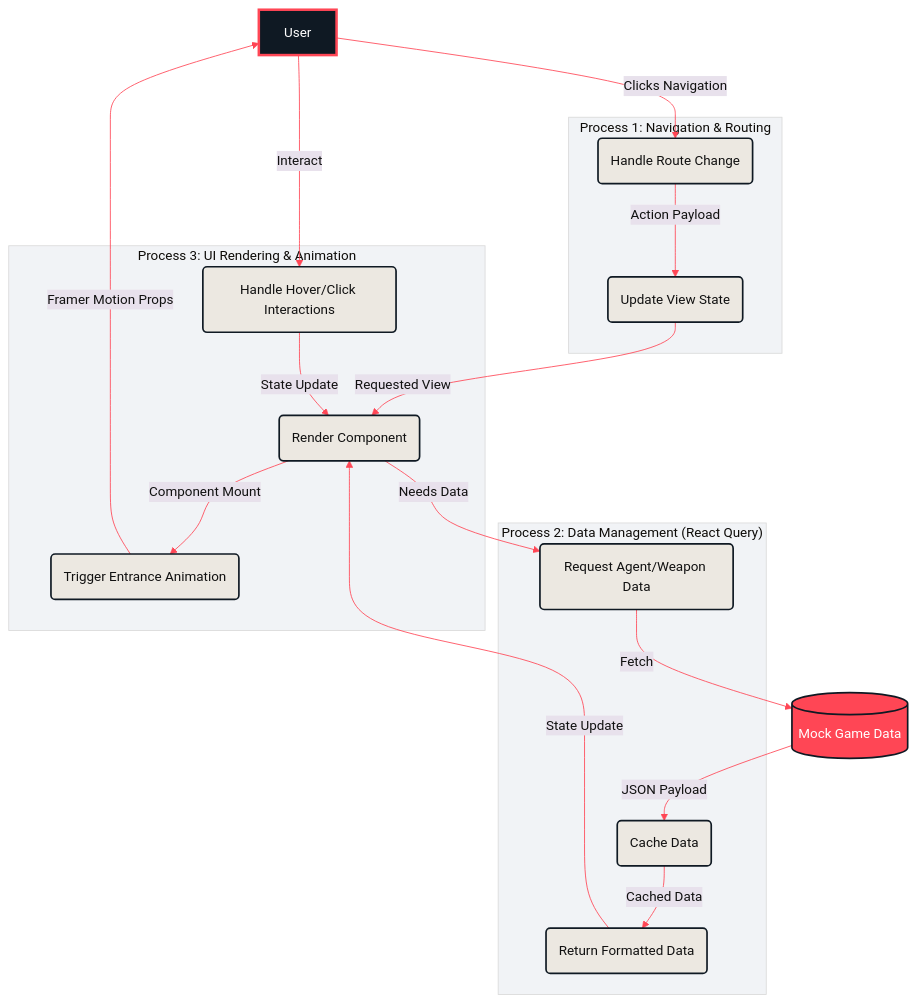
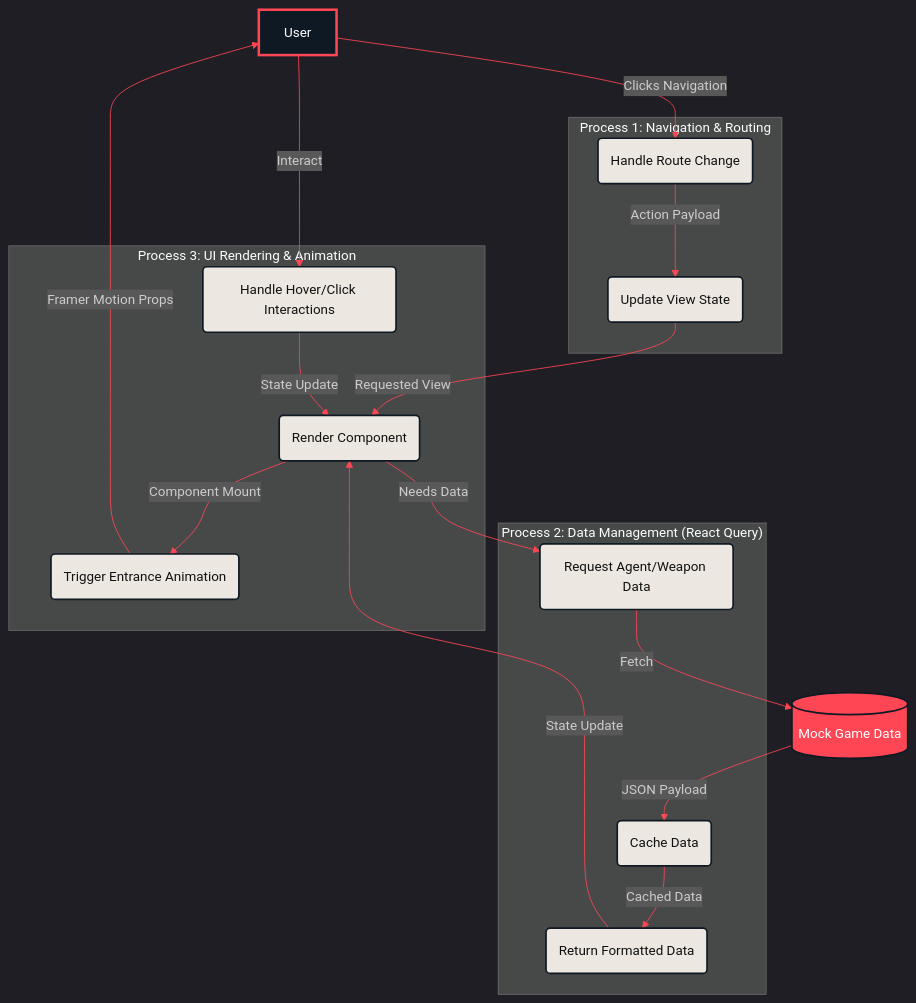
Before and after one commit to Mr-Nobody003/VALORANT: the second of 4 diagrams in README.md, drawn with Mermaid. The commit also changed other lines of this file, not shown here.

````diff
--- a/README.md
+++ b/README.md
@@ -115,39 +115,39 @@
 ```mermaid
-%%{init: {'theme': 'base', 'themeVariables': { 'primaryColor': '#ece8e1', 'primaryTextColor': '#111', 'primaryBorderColor': '#ff4655', 'lineColor': '#ff4655'}}}%%
+%%{init: {'theme': 'dark', 'themeVariables': { 'primaryColor': '#ece8e1', 'primaryTextColor': '#111', 'primaryBorderColor': '#ff4655', 'lineColor': '#ff4655', 'background': '#111111'}}}%%
 flowchart TD
     User[User]:::userStyle
     subgraph "Process 1: Navigation & Routing"
         1.1(Handle Route Change):::processStyle
         1.2(Update View State):::processStyle
     end
     subgraph "Process 2: Data Management (React Query)"
         2.1(Request Agent/Weapon Data):::processStyle
         2.2(Cache Data):::processStyle
         2.3(Return Formatted Data):::processStyle
     end
     subgraph "Process 3: UI Rendering & Animation"
         3.1(Trigger Entrance Animation):::processStyle
         3.2(Render Component):::processStyle
         3.3(Handle Hover/Click Interactions):::processStyle
     end
     DataStore[(Mock Game Data)]:::storeStyle
 
     User --> |Clicks Navigation| 1.1
     1.1 --> |Action Payload| 1.2
     1.2 --> |Requested View| 3.2
 
     3.2 --> |Needs Data| 2.1
     2.1 --> |Fetch| DataStore
     DataStore --> |JSON Payload| 2.2
     2.2 --> |Cached Data| 2.3
     2.3 --> |State Update| 3.2
 
     3.2 --> |Component Mount| 3.1
     3.1 --> |Framer Motion Props| User
     User --> |Interact| 3.3
     3.3 --> |State Update| 3.2
 
     classDef userStyle fill:#0f1923,stroke:#ff4655,stroke-width:3px,color:#fff;
     classDef processStyle fill:#ece8e1,stroke:#0f1923,stroke-width:2px,color:#111;
     classDef storeStyle fill:#ff4655,stroke:#0f1923,stroke-width:2px,color:#fff;
 ```
````
